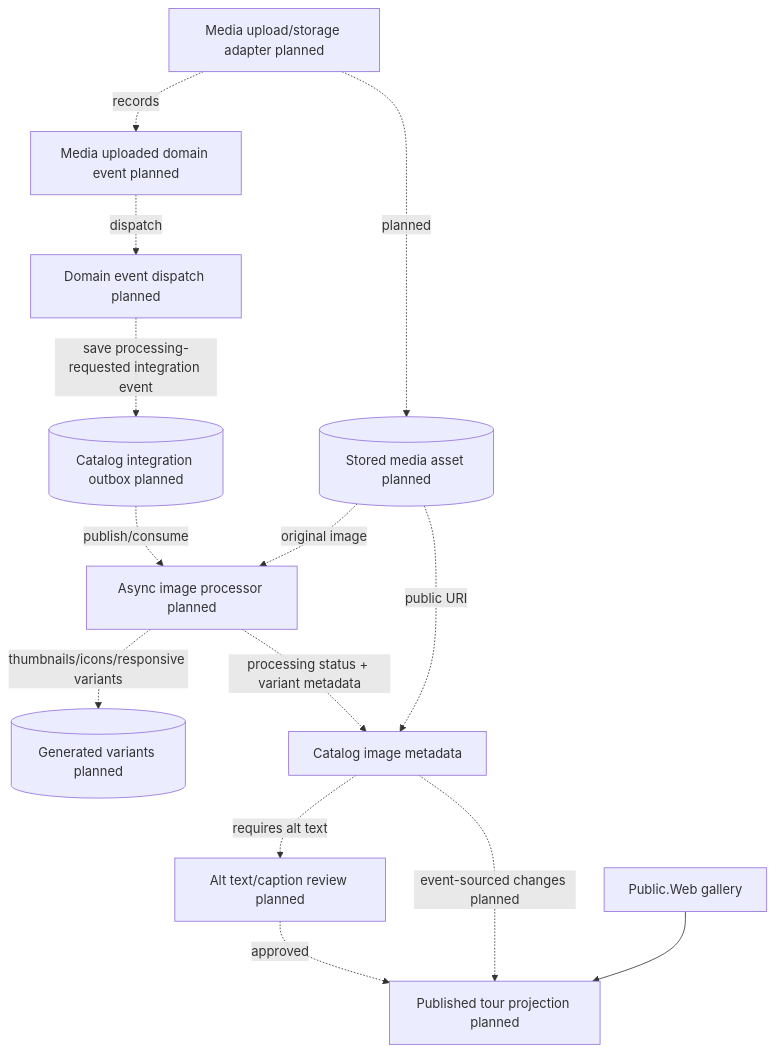
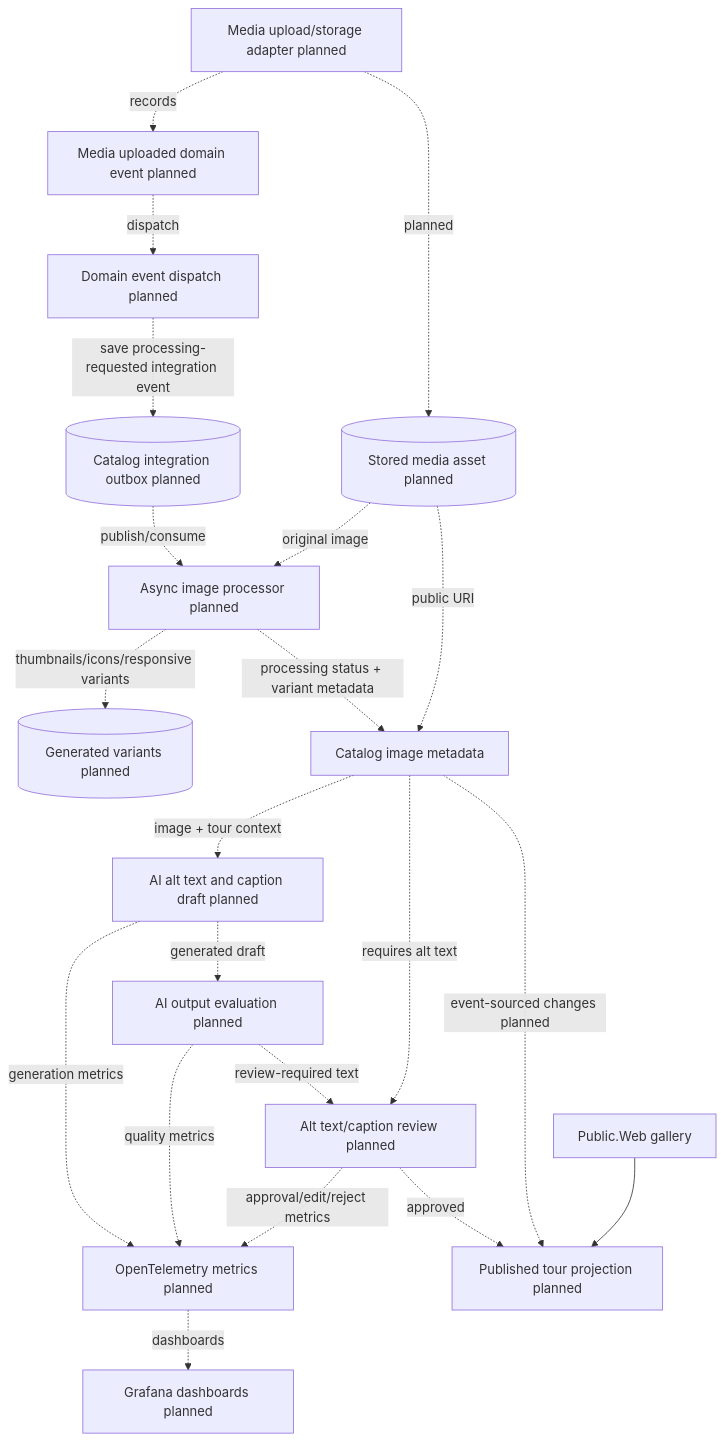
Before and after one commit to danigutsch/ViajantesTurismo: the ninth of 9 diagrams in docs/architecture/FLOWS.md, drawn with Mermaid. The commit also changed other lines of this file and 1 other file, not shown here.

Commit message:
docs(catalog): plan ai image accessibility evaluation

````diff
--- a/docs/architecture/FLOWS.md
+++ b/docs/architecture/FLOWS.md
@@ -257,28 +257,39 @@
 ```mermaid
 flowchart TB
     upload[Media upload/storage adapter planned]
     asset[(Stored media asset planned)]
     domainEvent[Media uploaded domain event planned]
     domainDispatch[Domain event dispatch planned]
     outbox[(Catalog integration outbox planned)]
     processor[Async image processor planned]
     variants[(Generated variants planned)]
     metadata[Catalog image metadata]
+    ai[AI alt text and caption draft planned]
+    eval[AI output evaluation planned]
+    telemetry[OpenTelemetry metrics planned]
+    grafana[Grafana dashboards planned]
     review[Alt text/caption review planned]
     projection[Published tour projection planned]
     publicWeb[Public.Web gallery]
 
     upload -. planned .-> asset
     upload -. records .-> domainEvent
     domainEvent -. dispatch .-> domainDispatch
     domainDispatch -. save processing-requested integration event .-> outbox
     outbox -. publish/consume .-> processor
     asset -. original image .-> processor
     processor -. thumbnails/icons/responsive variants .-> variants
     processor -. processing status + variant metadata .-> metadata
     asset -. public URI .-> metadata
+    metadata -. image + tour context .-> ai
+    ai -. generated draft .-> eval
+    eval -. review-required text .-> review
+    ai -. generation metrics .-> telemetry
+    eval -. quality metrics .-> telemetry
+    review -. approval/edit/reject metrics .-> telemetry
+    telemetry -. dashboards .-> grafana
     metadata -. requires alt text .-> review
     review -. approved .-> projection
     metadata -. event-sourced changes planned .-> projection
     publicWeb --> projection
 ```
````
